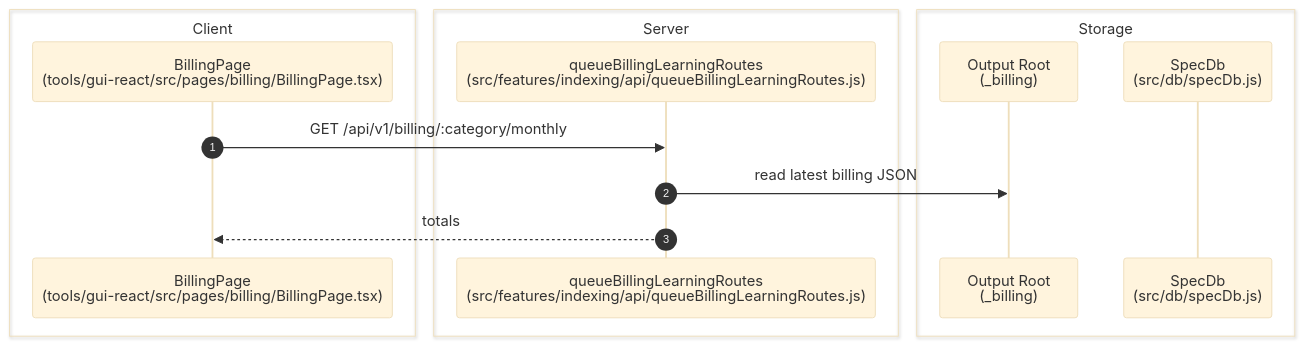
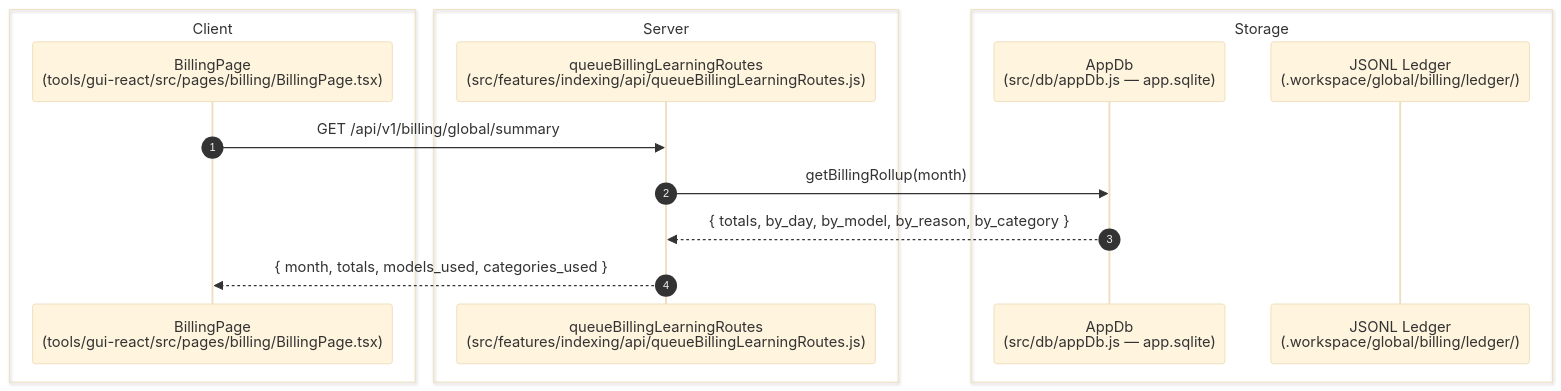
Before and after one commit to CdubVentures/Spec-Factory: the diagram in docs/04-features/billing-and-learning.md, drawn with Mermaid. The commit also changed other lines of this file and 120 other files, not shown here.

````diff
--- a/docs/04-features/billing-and-learning.md
+++ b/docs/04-features/billing-and-learning.md
@@ -45,18 +67,19 @@
 ```mermaid
 %%{init: {'theme': 'base', 'themeVariables': { 'fontSize': '20px', 'actorWidth': 250, 'actorMargin': 200, 'boxMargin': 20 }}}%%
 sequenceDiagram
   autonumber
   box Client
     participant BillingPage as BillingPage<br/>(tools/gui-react/src/pages/billing/BillingPage.tsx)
   end
   box Server
     participant Routes as queueBillingLearningRoutes<br/>(src/features/indexing/api/queueBillingLearningRoutes.js)
   end
   box Storage
-    participant Output as Output Root<br/>(_billing)
-    participant SpecDb as SpecDb<br/>(src/db/specDb.js)
+    participant AppDb as AppDb<br/>(src/db/appDb.js — app.sqlite)
+    participant JSONL as JSONL Ledger<br/>(.workspace/global/billing/ledger/)
   end
-  BillingPage->>Routes: GET /api/v1/billing/:category/monthly
-  Routes->>Output: read latest billing JSON
-  Routes-->>BillingPage: totals
+  BillingPage->>Routes: GET /api/v1/billing/global/summary
+  Routes->>AppDb: getBillingRollup(month)
+  AppDb-->>Routes: { totals, by_day, by_model, by_reason, by_category }
+  Routes-->>BillingPage: { month, totals, models_used, categories_used }
 ```
````
